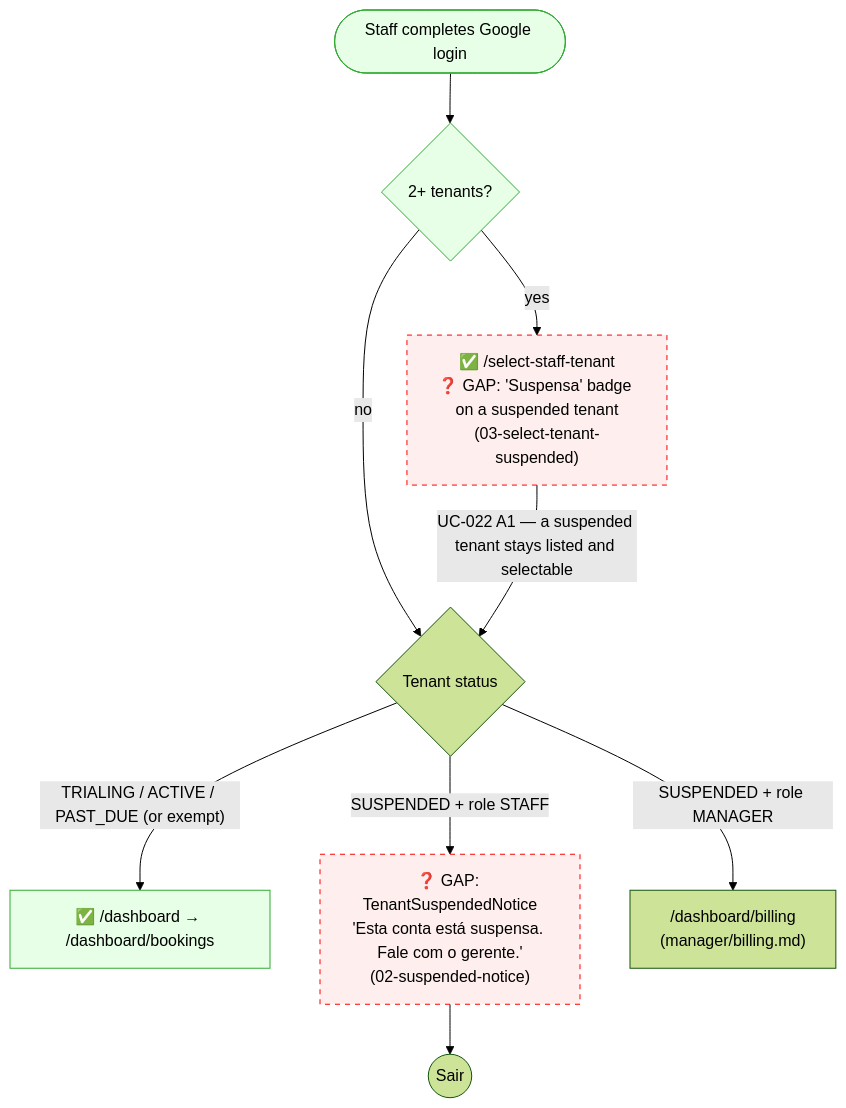
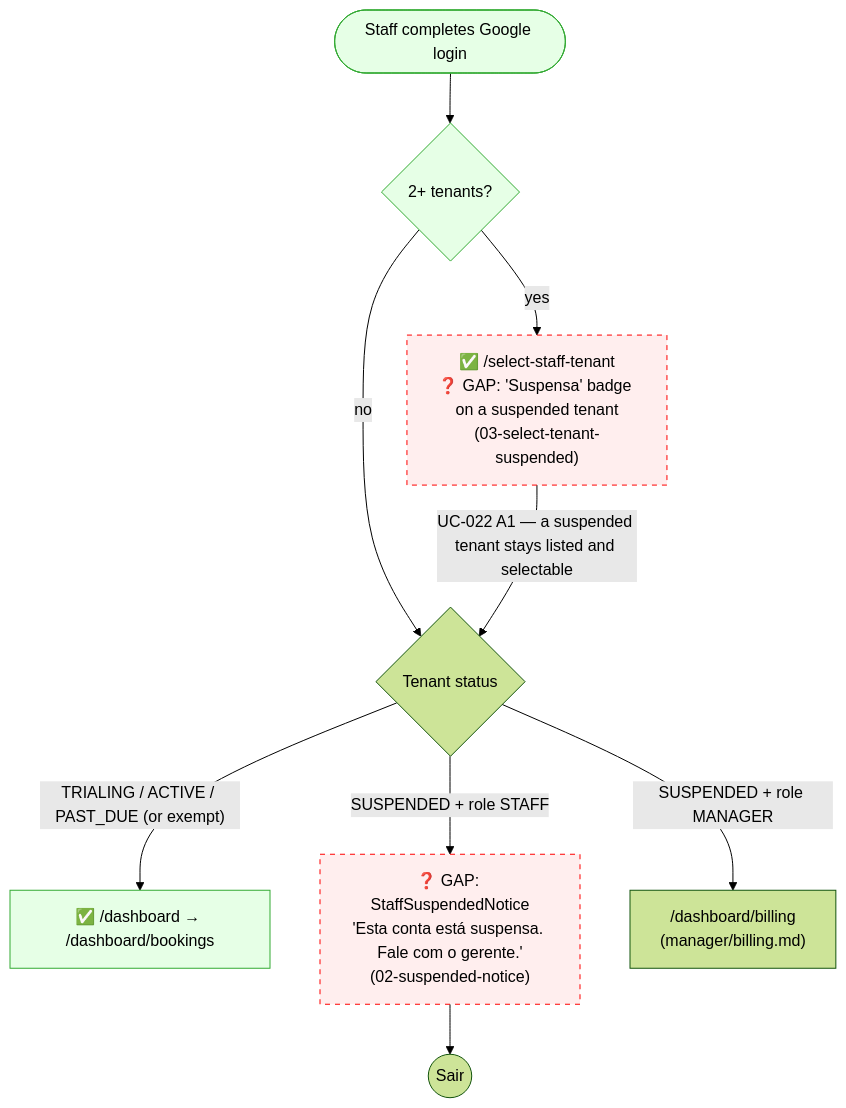
The second of 2 diagrams in journeys/staff/login.md (lmmoreira/ikaro), drawn with Mermaid (forest theme) before and after one commit. The commit also changed other lines of this file and 37 other files, not shown here.

````diff
--- a/journeys/staff/login.md
+++ b/journeys/staff/login.md
@@ -86,17 +86,17 @@
 ```mermaid
 flowchart TD
     classDef existing fill:#e6ffe6,stroke:#3a3
     classDef gap stroke:#f00,stroke-dasharray: 5 5,fill:#fee
 
     Done(["Staff completes Google login"]) --> Many{"2+ tenants?"}
     Many -->|yes| Pick["✅ /select-staff-tenant<br/>❓ GAP: 'Suspensa' badge on a suspended tenant<br/>(03-select-tenant-suspended)"]
     Many -->|no| Status
     Pick -->|"UC-022 A1 — a suspended tenant stays listed and selectable"| Status{"Tenant status"}
     Status -->|"TRIALING / ACTIVE / PAST_DUE (or exempt)"| Queue["✅ /dashboard → /dashboard/bookings"]
-    Status -->|"SUSPENDED + role STAFF"| Notice["❓ GAP: TenantSuspendedNotice<br/>'Esta conta está suspensa. Fale com o gerente.'<br/>(02-suspended-notice)"]
+    Status -->|"SUSPENDED + role STAFF"| Notice["❓ GAP: StaffSuspendedNotice<br/>'Esta conta está suspensa. Fale com o gerente.'<br/>(02-suspended-notice)"]
     Status -->|"SUSPENDED + role MANAGER"| Billing["/dashboard/billing<br/>(manager/billing.md)"]
     Notice --> Exit(("Sair"))
 
     class Done,Many,Queue existing
     class Pick,Notice gap
 ```
````
